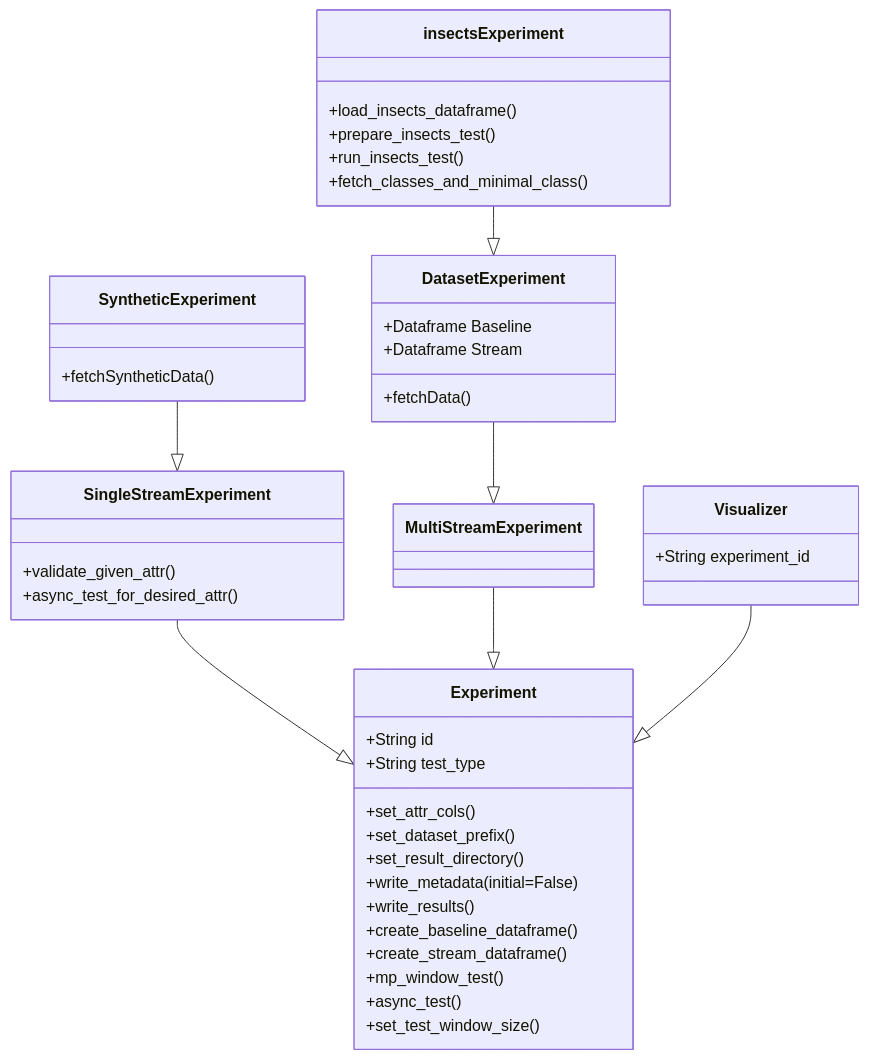
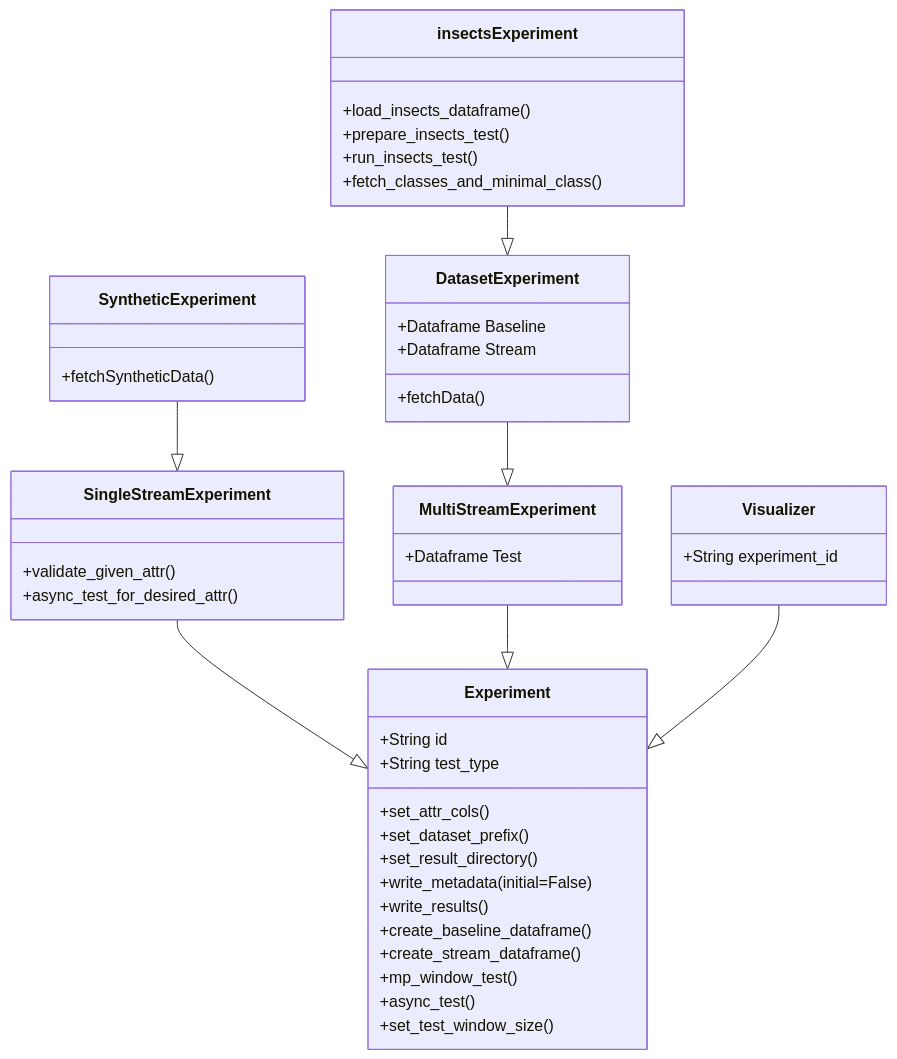
The second of 2 diagrams in dev/codes/README.md (lucashelfs/drifts), drawn with Mermaid before and after one commit.

Commit message:
docs: add eraft of to be classes

````diff
--- a/dev/codes/README.md
+++ b/dev/codes/README.md
@@ -45,65 +45,65 @@
 ```mermaid
 classDiagram
 
 
 class Experiment{
     +String id
     +String test_type
 
     +set_attr_cols()
     +set_dataset_prefix()
     +set_result_directory()
 
     +write_metadata(initial=False)
     +write_results()
     
     +create_baseline_dataframe()
     +create_stream_dataframe()
     
     +mp_window_test()
     +async_test()
     +set_test_window_size()
 }
 
 class MultiStreamExperiment{
-
+    +Dataframe Test
 }
 
 class SingleStreamExperiment{
     +validate_given_attr()
     +async_test_for_desired_attr()
 }
 
 class DatasetExperiment{
     +Dataframe Baseline
     +Dataframe Stream
     +fetchData()
 }
 
 class SyntheticExperiment{
     +fetchSyntheticData()
 }
 
 class insectsExperiment{
     +load_insects_dataframe()
     +prepare_insects_test()
     +run_insects_test()
     +fetch_classes_and_minimal_class()
 }
 
 class Visualizer{
     +String experiment_id
 }
 
 SyntheticExperiment --|> SingleStreamExperiment 
 SingleStreamExperiment --|> Experiment
 
 insectsExperiment --|> DatasetExperiment
 DatasetExperiment --|> MultiStreamExperiment
 MultiStreamExperiment --|> Experiment
 
 Visualizer --|> Experiment
 
 
 
 ```
````
